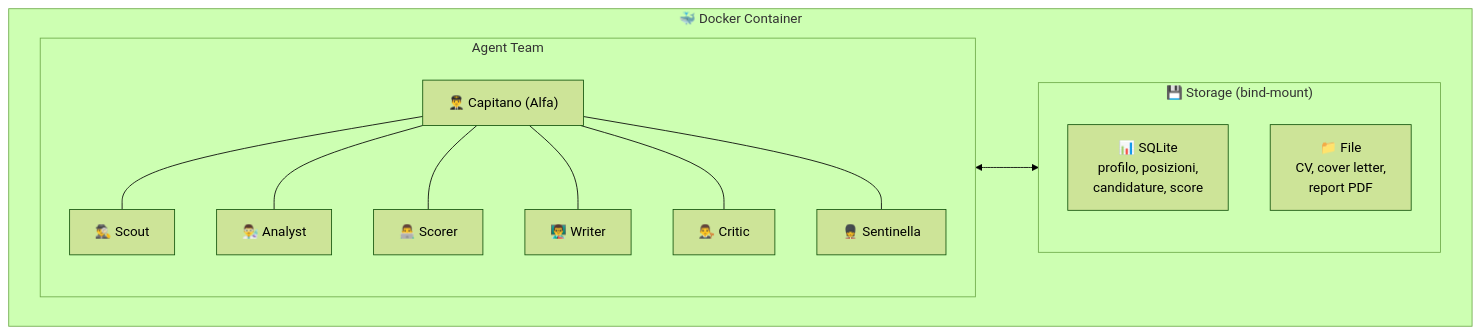
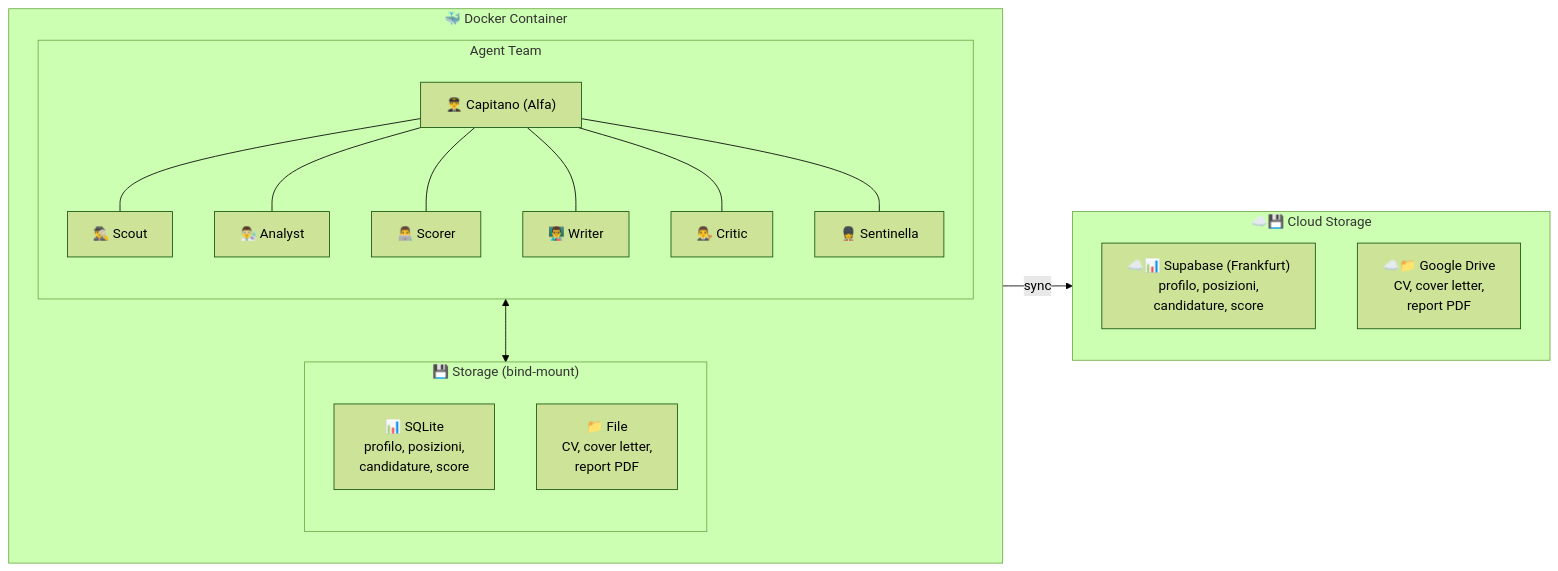
The diagram in docs/INFRA-test.md (leopu00/job-hunter-team), drawn with Mermaid (forest theme) before and after one commit.

Commit message:
docs(infra): add cloud storage to mermaid diagram

````diff
--- a/docs/INFRA-test.md
+++ b/docs/INFRA-test.md
@@ -3,32 +3,44 @@
 ```mermaid
-graph TD
+graph LR
     subgraph Docker["🐳 Docker Container"]
-        direction LR
+        direction TB
         subgraph Team["Agent Team"]
             direction TB
             Capitano["👨‍✈️ Capitano (Alfa)"]
             Scout["🕵️‍♂️ Scout"]
             Analyst["👨‍🔬 Analyst"]
             Scorer["👨‍💻 Scorer"]
             Writer["👨‍🏫 Writer"]
             Critic["👨‍⚖️ Critic"]
             Sentinella["💂 Sentinella"]
             Capitano --- Scout
             Capitano --- Analyst
             Capitano --- Scorer
             Capitano --- Writer
             Capitano --- Critic
             Capitano --- Sentinella
         end
         subgraph Storage["💾 Storage (bind-mount)"]
             direction TB
             SQLite["📊 SQLite
             profilo, posizioni,
             candidature, score"]
             File["📁 File
             CV, cover letter,
             report PDF"]
         end
         Team <--> Storage
     end
+
+    subgraph Cloud["☁️💾 Cloud Storage"]
+        direction TB
+        Supabase["☁️📊 Supabase (Frankfurt)
+        profilo, posizioni,
+        candidature, score"]
+        GDrive["☁️📁 Google Drive
+        CV, cover letter,
+        report PDF"]
+    end
+
+    Storage -- sync --> Cloud
 ```
````
